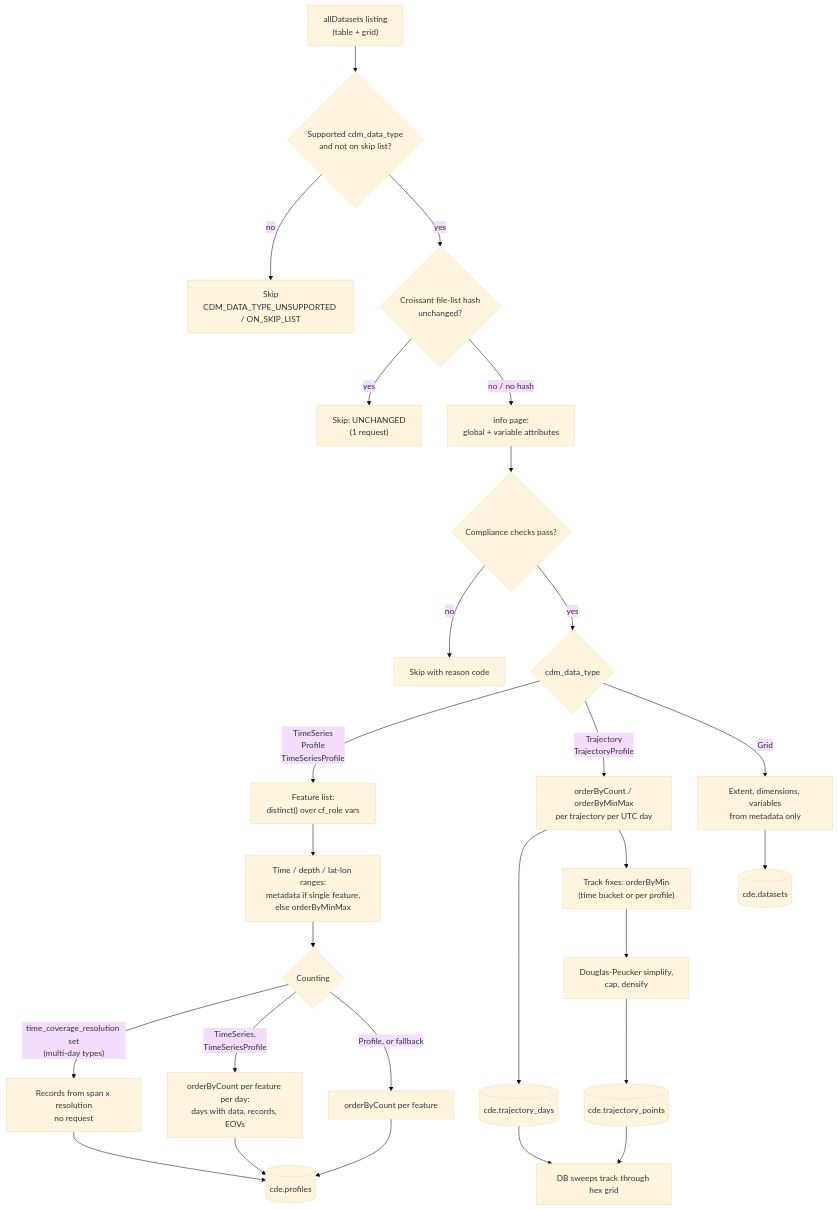
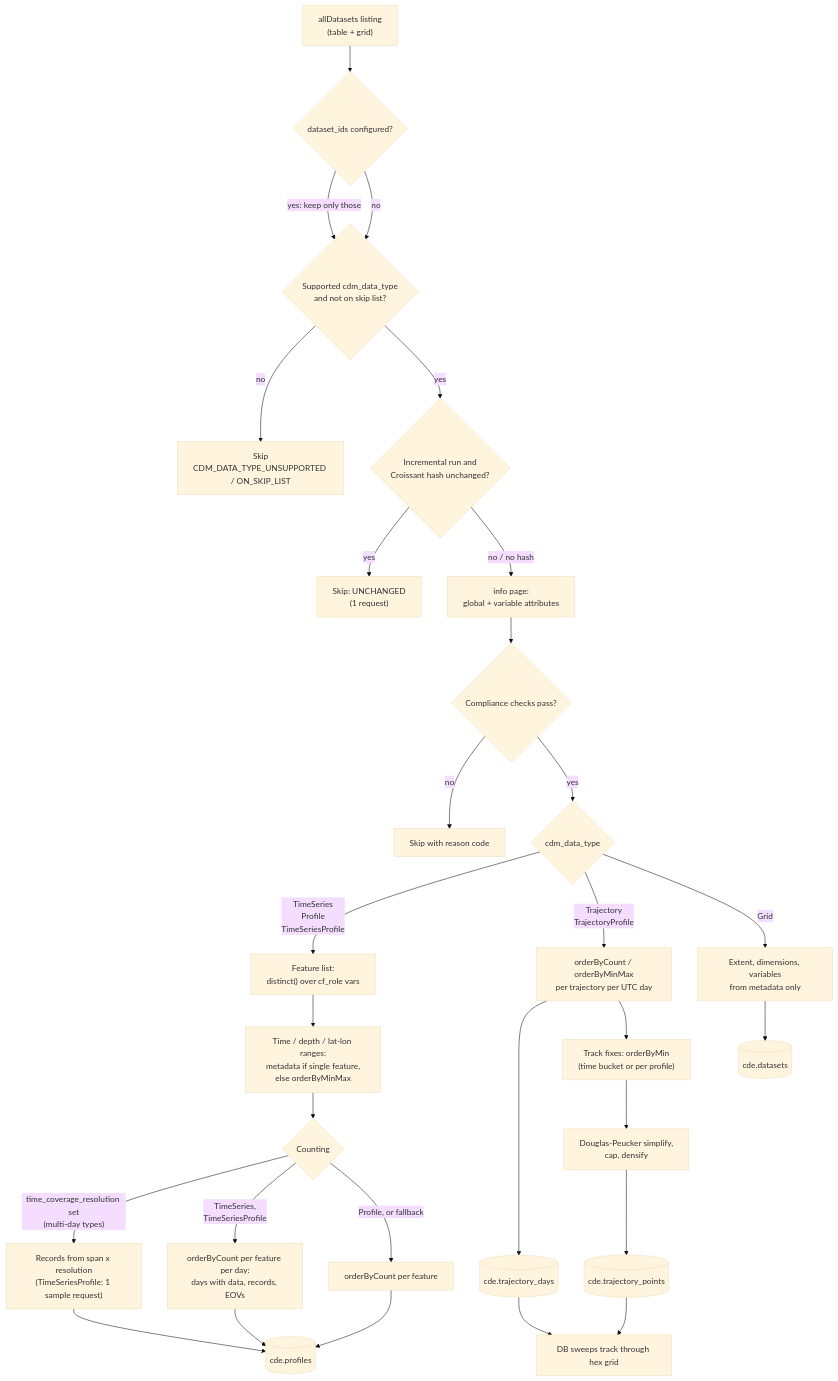
One commit to cioos-siooc/explore-cioos changed the diagram in docs/harvesting/erddap.md. Above: the diagram before and after it, drawn with Mermaid (base theme). The commit also changed other lines of this file and 2 other files, not shown here.

````diff
--- a/docs/harvesting/erddap.md
+++ b/docs/harvesting/erddap.md
@@ -33,32 +33,34 @@
 ```mermaid
 flowchart TD
-    list["allDatasets listing<br/>(table + grid)"] --> pre{"Supported cdm_data_type<br/>and not on skip list?"}
+    list["allDatasets listing<br/>(table + grid)"] --> ids{"dataset_ids configured?"}
+    ids -- "yes: keep only those" --> pre
+    ids -- no --> pre{"Supported cdm_data_type<br/>and not on skip list?"}
     pre -- no --> skip1["Skip<br/>CDM_DATA_TYPE_UNSUPPORTED / ON_SKIP_LIST"]
-    pre -- yes --> croissant{"Croissant file-list hash<br/>unchanged?"}
+    pre -- yes --> croissant{"Incremental run and<br/>Croissant hash unchanged?"}
     croissant -- yes --> unchanged["Skip: UNCHANGED<br/>(1 request)"]
     croissant -- "no / no hash" --> info["info page:<br/>global + variable attributes"]
     info --> compliance{"Compliance checks pass?"}
     compliance -- no --> skip2["Skip with reason code"]
     compliance -- yes --> type{"cdm_data_type"}
 
-    type -- "TimeSeries<br/>Profile<br/>TimeSeriesProfile" --> ids["Feature list:<br/>distinct() over cf_role vars"]
-    ids --> ranges["Time / depth / lat-lon ranges:<br/>metadata if single feature,<br/>else orderByMinMax"]
+    type -- "TimeSeries<br/>Profile<br/>TimeSeriesProfile" --> fids["Feature list:<br/>distinct() over cf_role vars"]
+    fids --> ranges["Time / depth / lat-lon ranges:<br/>metadata if single feature,<br/>else orderByMinMax"]
     ranges --> count{"Counting"}
-    count -- "time_coverage_resolution set<br/>(multi-day types)" --> resol["Records from span x resolution<br/>no request"]
+    count -- "time_coverage_resolution set<br/>(multi-day types)" --> resol["Records from span x resolution<br/>(TimeSeriesProfile: 1 sample request)"]
     count -- "TimeSeries,<br/>TimeSeriesProfile" --> perday["orderByCount per feature per day:<br/>days with data, records, EOVs"]
     count -- "Profile, or fallback" --> plain["orderByCount per feature"]
     resol --> profiles[("cde.profiles")]
     perday --> profiles
     plain --> profiles
 
     type -- "Trajectory<br/>TrajectoryProfile" --> daystats["orderByCount / orderByMinMax<br/>per trajectory per UTC day"]
     daystats --> tdays[("cde.trajectory_days")]
     daystats --> track["Track fixes: orderByMin<br/>(time bucket or per profile)"]
     track --> simplify["Douglas-Peucker simplify,<br/>cap, densify"]
     simplify --> tpoints[("cde.trajectory_points")]
     tdays --> hex["DB sweeps track through hex grid"]
     tpoints --> hex
 
     type -- Grid --> grid["Extent, dimensions, variables<br/>from metadata only"]
     grid --> datasets[("cde.datasets")]
 ```
````
